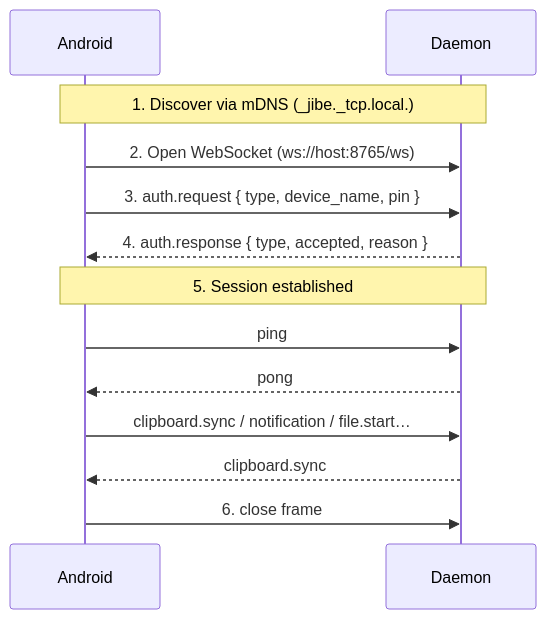
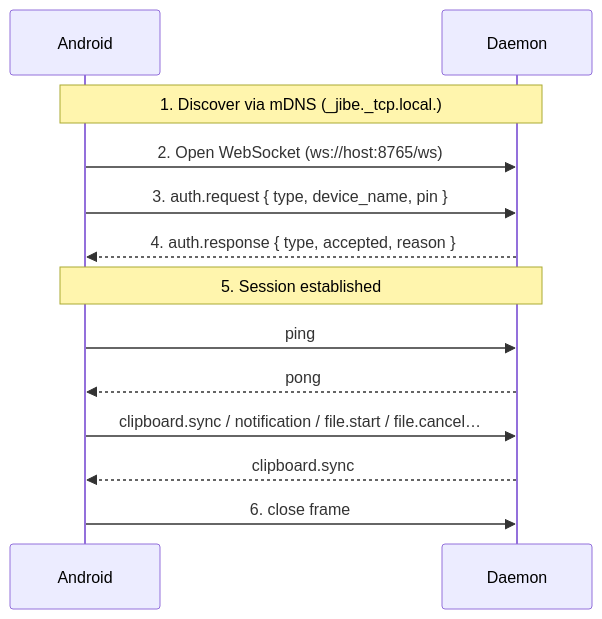
One commit to gobbledyglomp/jibe changed the diagram in docs/protocol.md. Above: the diagram before and after it, drawn with Mermaid. The commit also changed other lines of this file and 10 other files, not shown here.

````diff
--- a/docs/protocol.md
+++ b/docs/protocol.md
@@ -16,19 +16,19 @@
 ```mermaid
 sequenceDiagram
     participant Android
     participant Daemon
 
     Note over Android,Daemon: 1. Discover via mDNS (_jibe._tcp.local.)
 
     Android->>Daemon: 2. Open WebSocket (ws://host:8765/ws)
     Android->>Daemon: 3. auth.request { type, device_name, pin }
     Daemon-->>Android: 4. auth.response { type, accepted, reason }
 
     Note over Android,Daemon: 5. Session established
     Android->>Daemon: ping
     Daemon-->>Android: pong
-    Android->>Daemon: clipboard.sync / notification / file.start…
+    Android->>Daemon: clipboard.sync / notification / file.start / file.cancel…
     Daemon-->>Android: clipboard.sync
 
     Android->>Daemon: 6. close frame
 ```
````
